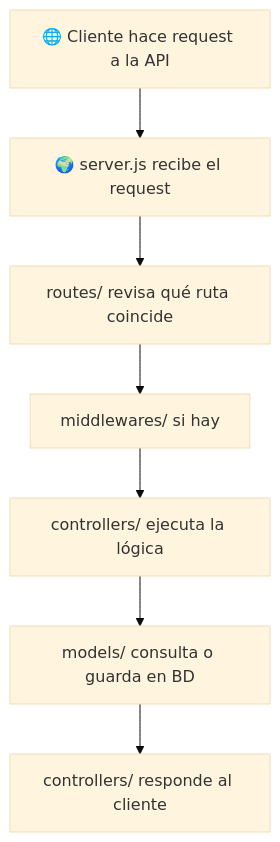
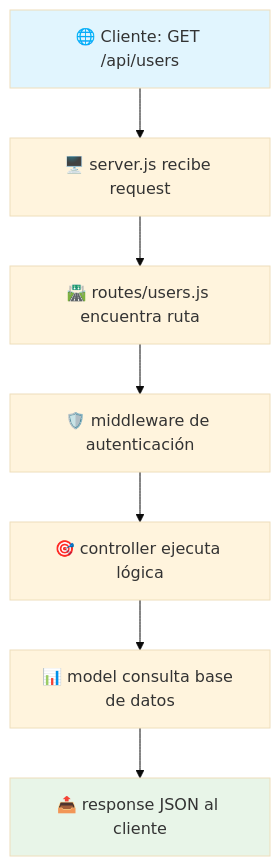
The diagram in README.md (PepeYerbes/NodeJs_Retos), drawn with Mermaid (base theme) before and after one commit. The commit also changed other lines of this file and 5 other files, not shown here.

````diff
--- a/README.md
+++ b/README.md
@@ -37,9 +105,12 @@
 ```mermaid
 graph TD
-    A[🌐 Cliente hace request a la API] --> B[🌍 server.js recibe el request]
-    B --> C[routes/ revisa qué ruta coincide]
-    C --> D[middlewares/ si hay]
-    D --> E[controllers/ ejecuta la lógica]
-    E --> F[models/ consulta o guarda en BD]
-    F --> G[controllers/ responde al cliente]
+    A[🌐 Cliente: GET /api/users] --> B[🖥️ server.js recibe request]
+    B --> C[🛣️ routes/users.js encuentra ruta]
+    C --> D[🛡️ middleware de autenticación]
+    D --> E[🎯 controller ejecuta lógica]
+    E --> F[📊 model consulta base de datos]
+    F --> G[📤 response JSON al cliente]
+
+    style A fill:#e1f5fe
+    style G fill:#e8f5e8
 ```
````
